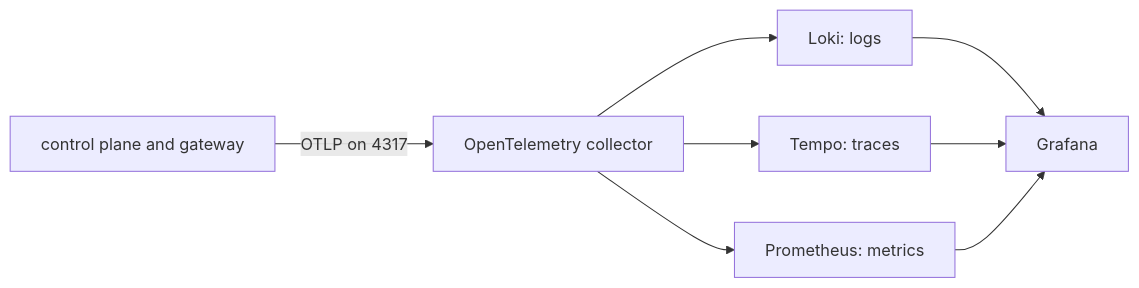
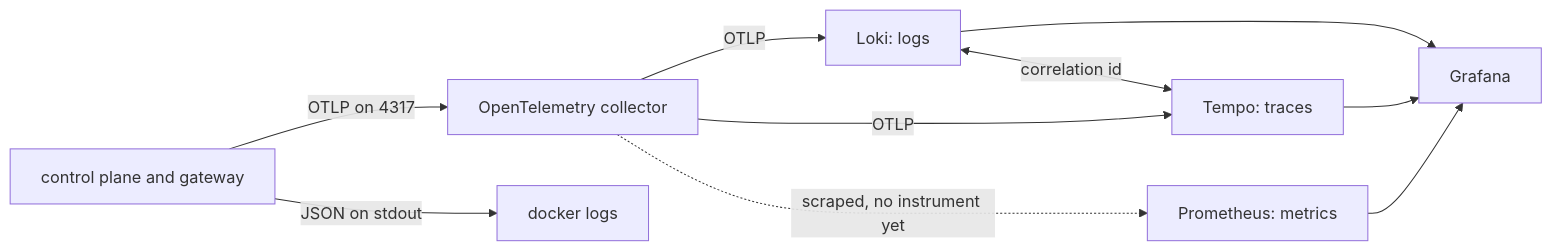
One commit to atlantic-blue/quay-crew changed the diagram in docs/OBSERVABILITY.md. Above: the diagram before and after it, drawn with Mermaid. The commit also changed other lines of this file and 11 other files, not shown here.

Commit message:
12: feat: logs reach loki and link to the trace they belong to

````diff
--- a/docs/OBSERVABILITY.md
+++ b/docs/OBSERVABILITY.md
@@ -81,10 +86,12 @@
 ```mermaid
 flowchart LR
     services["control plane and gateway"] -->|"OTLP on 4317"| collector["OpenTelemetry collector"]
-    collector --> loki["Loki: logs"]
-    collector --> tempo["Tempo: traces"]
-    collector --> prometheus["Prometheus: metrics"]
+    services -->|"JSON on stdout"| docker["docker logs"]
+    collector -->|"OTLP"| loki["Loki: logs"]
+    collector -->|"OTLP"| tempo["Tempo: traces"]
+    collector -.->|"scraped, no instrument yet"| prometheus["Prometheus: metrics"]
     loki --> grafana
     tempo --> grafana
     prometheus --> grafana["Grafana"]
+    loki <-->|"correlation id"| tempo
 ```
````
